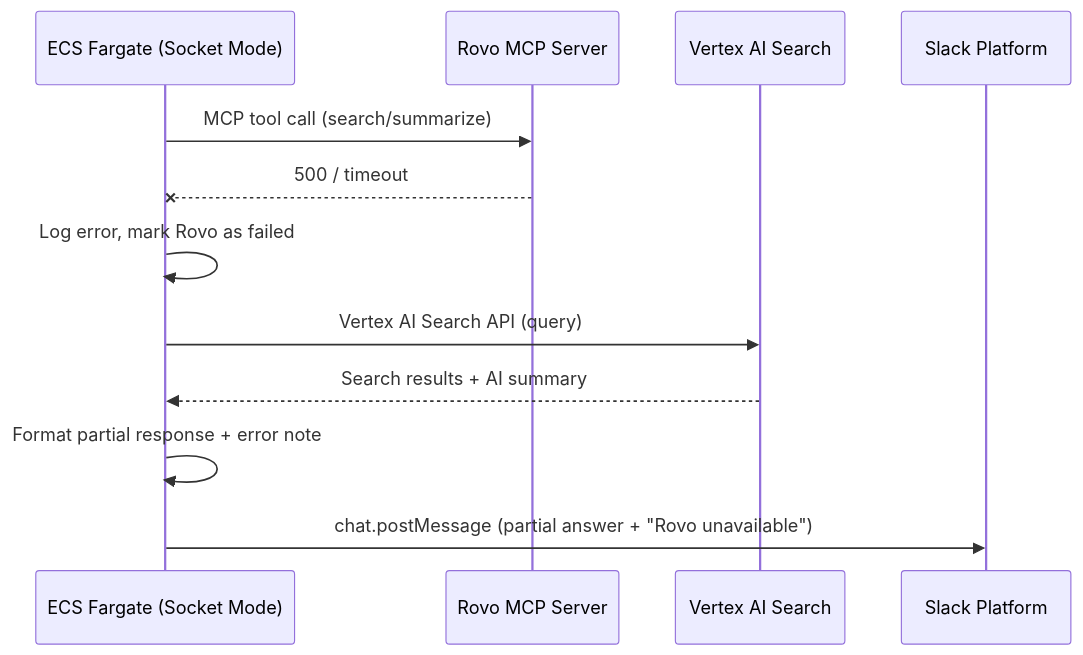
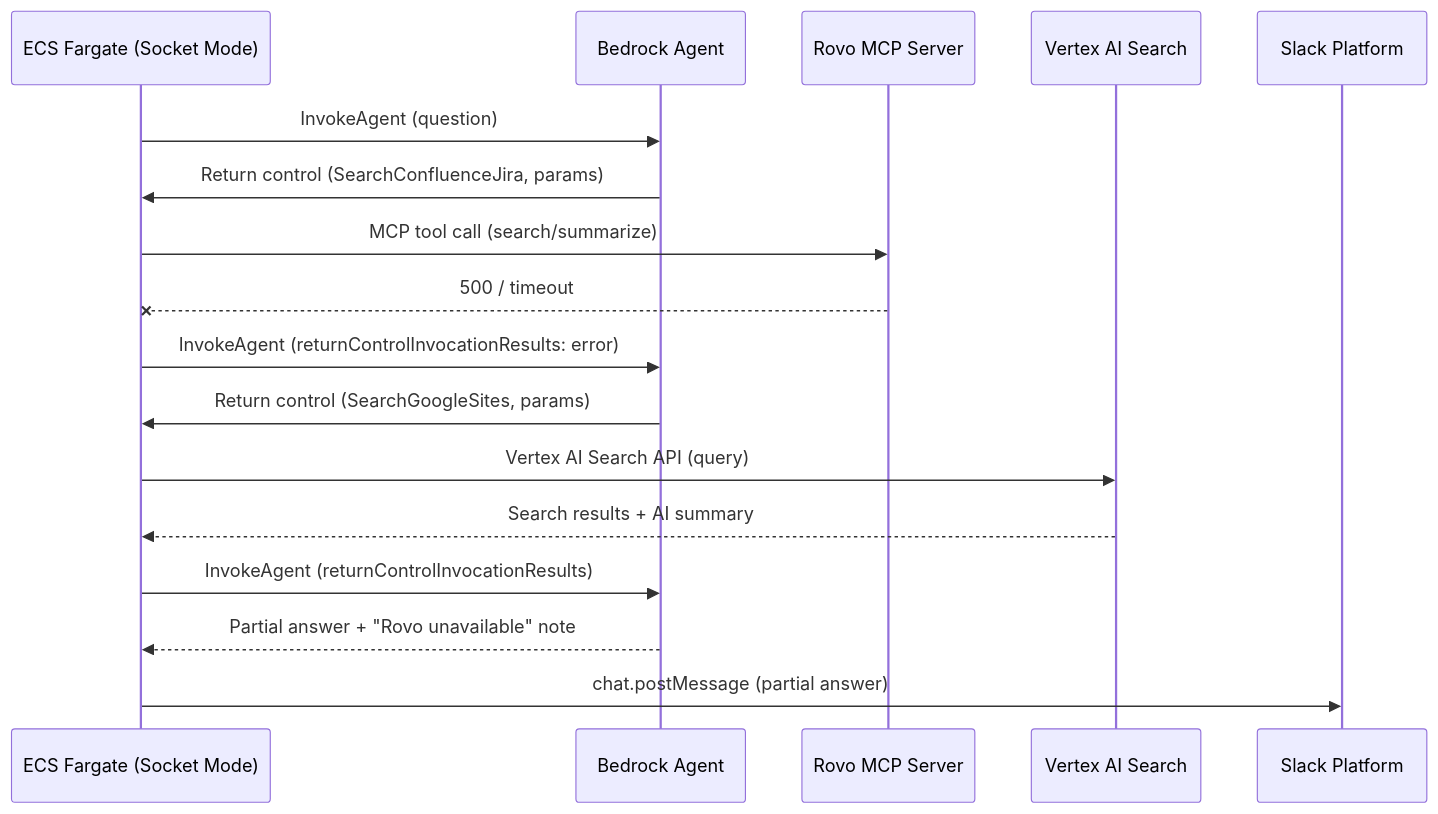
One commit to Sage-Bionetworks-IT/sage-kb-chatbot changed the second of 3 diagrams in .kiro/specs/slack-agent-router/design.md. Above: the diagram before and after it, drawn with Mermaid. The commit also changed other lines of this file and 4 other files, not shown here.

````diff
--- a/.kiro/specs/slack-agent-router/design.md
+++ b/.kiro/specs/slack-agent-router/design.md
@@ -60,15 +71,20 @@
 ```mermaid
 sequenceDiagram
     participant ECS as ECS Fargate (Socket Mode)
+    participant BA as Bedrock Agent
     participant RV as Rovo MCP Server
     participant GS as Vertex AI Search
     participant S as Slack Platform
 
+    ECS->>BA: InvokeAgent (question)
+    BA->>ECS: Return control (SearchConfluenceJira, params)
     ECS->>RV: MCP tool call (search/summarize)
     RV--xECS: 500 / timeout
-    ECS->>ECS: Log error, mark Rovo as failed
+    ECS->>BA: InvokeAgent (returnControlInvocationResults: error)
+    BA->>ECS: Return control (SearchGoogleSites, params)
     ECS->>GS: Vertex AI Search API (query)
     GS-->>ECS: Search results + AI summary
-    ECS->>ECS: Format partial response + error note
-    ECS->>S: chat.postMessage (partial answer + "Rovo unavailable")
+    ECS->>BA: InvokeAgent (returnControlInvocationResults)
+    BA-->>ECS: Partial answer + "Rovo unavailable" note
+    ECS->>S: chat.postMessage (partial answer)
 ```
````
